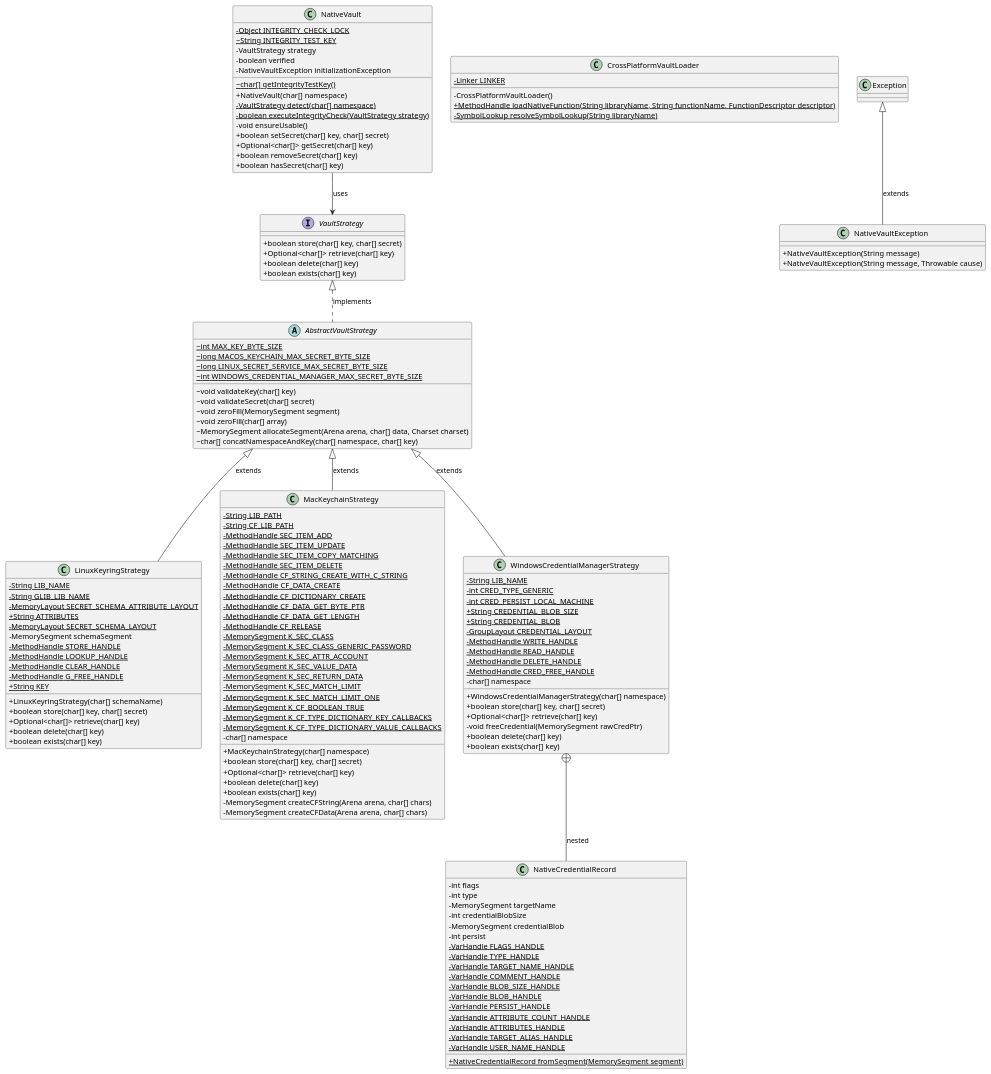
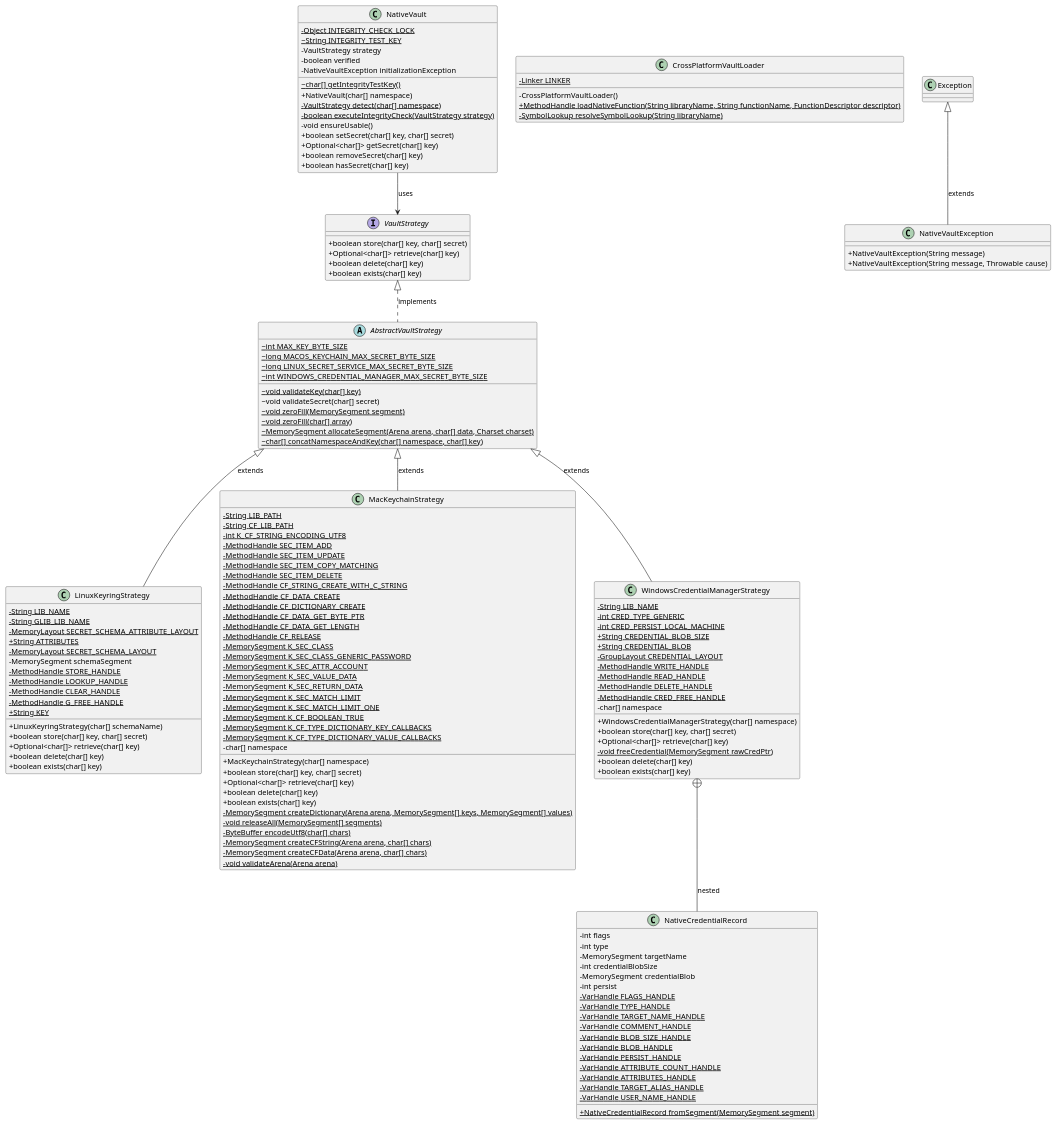
The diagram in .myresources/uml/class.puml (Lob2018/native-vault), drawn with PlantUML before and after one commit. The commit also changed 3 other files, not shown here.

```diff
--- a/.myresources/uml/class.puml
+++ b/.myresources/uml/class.puml
@@ -1,155 +1,160 @@
 @startuml
 skinparam classAttributeIconSize 0
 
 interface VaultStrategy {
     + boolean store(char[] key, char[] secret)
     + Optional<char[]> retrieve(char[] key)
     + boolean delete(char[] key)
     + boolean exists(char[] key)
 }
 
 abstract class AbstractVaultStrategy {
     {static} ~ int MAX_KEY_BYTE_SIZE
     {static} ~ long MACOS_KEYCHAIN_MAX_SECRET_BYTE_SIZE
     {static} ~ long LINUX_SECRET_SERVICE_MAX_SECRET_BYTE_SIZE
     {static} ~ int WINDOWS_CREDENTIAL_MANAGER_MAX_SECRET_BYTE_SIZE
-    ~ void validateKey(char[] key)
+    {static} ~ void validateKey(char[] key)
     ~ void validateSecret(char[] secret)
-    ~ void zeroFill(MemorySegment segment)
-    ~ void zeroFill(char[] array)
-    ~ MemorySegment allocateSegment(Arena arena, char[] data, Charset charset)
-    ~ char[] concatNamespaceAndKey(char[] namespace, char[] key)
+    {static} ~ void zeroFill(MemorySegment segment)
+    {static} ~ void zeroFill(char[] array)
+    {static} ~ MemorySegment allocateSegment(Arena arena, char[] data, Charset charset)
+    {static} ~ char[] concatNamespaceAndKey(char[] namespace, char[] key)
 }
 
 class LinuxKeyringStrategy {
     {static} - String LIB_NAME
     {static} - String GLIB_LIB_NAME
     {static} - MemoryLayout SECRET_SCHEMA_ATTRIBUTE_LAYOUT
     {static} + String ATTRIBUTES
     {static} - MemoryLayout SECRET_SCHEMA_LAYOUT
     - MemorySegment schemaSegment
     {static} - MethodHandle STORE_HANDLE
     {static} - MethodHandle LOOKUP_HANDLE
     {static} - MethodHandle CLEAR_HANDLE
     {static} - MethodHandle G_FREE_HANDLE
     {static} + String KEY
     + LinuxKeyringStrategy(char[] schemaName)
     + boolean store(char[] key, char[] secret)
     + Optional<char[]> retrieve(char[] key)
     + boolean delete(char[] key)
     + boolean exists(char[] key)
 }
 
 class MacKeychainStrategy {
     {static} - String LIB_PATH
     {static} - String CF_LIB_PATH
+    {static} - int K_CF_STRING_ENCODING_UTF8
     {static} - MethodHandle SEC_ITEM_ADD
     {static} - MethodHandle SEC_ITEM_UPDATE
     {static} - MethodHandle SEC_ITEM_COPY_MATCHING
     {static} - MethodHandle SEC_ITEM_DELETE
     {static} - MethodHandle CF_STRING_CREATE_WITH_C_STRING
     {static} - MethodHandle CF_DATA_CREATE
     {static} - MethodHandle CF_DICTIONARY_CREATE
     {static} - MethodHandle CF_DATA_GET_BYTE_PTR
     {static} - MethodHandle CF_DATA_GET_LENGTH
     {static} - MethodHandle CF_RELEASE
     {static} - MemorySegment K_SEC_CLASS
     {static} - MemorySegment K_SEC_CLASS_GENERIC_PASSWORD
     {static} - MemorySegment K_SEC_ATTR_ACCOUNT
     {static} - MemorySegment K_SEC_VALUE_DATA
     {static} - MemorySegment K_SEC_RETURN_DATA
     {static} - MemorySegment K_SEC_MATCH_LIMIT
     {static} - MemorySegment K_SEC_MATCH_LIMIT_ONE
     {static} - MemorySegment K_CF_BOOLEAN_TRUE
     {static} - MemorySegment K_CF_TYPE_DICTIONARY_KEY_CALLBACKS
     {static} - MemorySegment K_CF_TYPE_DICTIONARY_VALUE_CALLBACKS
     - char[] namespace
     + MacKeychainStrategy(char[] namespace)
     + boolean store(char[] key, char[] secret)
     + Optional<char[]> retrieve(char[] key)
     + boolean delete(char[] key)
     + boolean exists(char[] key)
-    - MemorySegment createCFString(Arena arena, char[] chars)
-    - MemorySegment createCFData(Arena arena, char[] chars)
+    {static} - MemorySegment createDictionary(Arena arena, MemorySegment[] keys, MemorySegment[] values)
+    {static} - void releaseAll(MemorySegment[] segments)
+    {static} - ByteBuffer encodeUtf8(char[] chars)
+    {static} - MemorySegment createCFString(Arena arena, char[] chars)
+    {static} - MemorySegment createCFData(Arena arena, char[] chars)
+    {static} - void validateArena(Arena arena)
 }
 
 class WindowsCredentialManagerStrategy {
     {static} - String LIB_NAME
     {static} - int CRED_TYPE_GENERIC
     {static} - int CRED_PERSIST_LOCAL_MACHINE
     {static} + String CREDENTIAL_BLOB_SIZE
     {static} + String CREDENTIAL_BLOB
     {static} - GroupLayout CREDENTIAL_LAYOUT
     {static} - MethodHandle WRITE_HANDLE
     {static} - MethodHandle READ_HANDLE
     {static} - MethodHandle DELETE_HANDLE
     {static} - MethodHandle CRED_FREE_HANDLE
     - char[] namespace
     + WindowsCredentialManagerStrategy(char[] namespace)
     + boolean store(char[] key, char[] secret)
     + Optional<char[]> retrieve(char[] key)
-    - void freeCredential(MemorySegment rawCredPtr)
+    {static} - void freeCredential(MemorySegment rawCredPtr)
     + boolean delete(char[] key)
     + boolean exists(char[] key)
 }
 
 class "NativeCredentialRecord" as WindowsCredentialManagerStrategy_NativeCredentialRecord {
     - int flags
     - int type
     - MemorySegment targetName
     - int credentialBlobSize
     - MemorySegment credentialBlob
     - int persist
     {static} - VarHandle FLAGS_HANDLE
     {static} - VarHandle TYPE_HANDLE
     {static} - VarHandle TARGET_NAME_HANDLE
     {static} - VarHandle COMMENT_HANDLE
     {static} - VarHandle BLOB_SIZE_HANDLE
     {static} - VarHandle BLOB_HANDLE
     {static} - VarHandle PERSIST_HANDLE
     {static} - VarHandle ATTRIBUTE_COUNT_HANDLE
     {static} - VarHandle ATTRIBUTES_HANDLE
     {static} - VarHandle TARGET_ALIAS_HANDLE
     {static} - VarHandle USER_NAME_HANDLE
     {static} + NativeCredentialRecord fromSegment(MemorySegment segment)
 }
 
 class NativeVault {
     {static} - Object INTEGRITY_CHECK_LOCK
     {static} ~ String INTEGRITY_TEST_KEY
     - VaultStrategy strategy
     - boolean verified
     - NativeVaultException initializationException
     {static} ~ char[] getIntegrityTestKey()
     + NativeVault(char[] namespace)
     {static} - VaultStrategy detect(char[] namespace)
     {static} - boolean executeIntegrityCheck(VaultStrategy strategy)
     - void ensureUsable()
     + boolean setSecret(char[] key, char[] secret)
     + Optional<char[]> getSecret(char[] key)
     + boolean removeSecret(char[] key)
     + boolean hasSecret(char[] key)
 }
 
 class CrossPlatformVaultLoader {
     {static} - Linker LINKER
     - CrossPlatformVaultLoader()
     {static} + MethodHandle loadNativeFunction(String libraryName, String functionName, FunctionDescriptor descriptor)
     {static} - SymbolLookup resolveSymbolLookup(String libraryName)
 }
 
 class NativeVaultException {
     + NativeVaultException(String message)
     + NativeVaultException(String message, Throwable cause)
 }
 
 class Exception
 
 VaultStrategy <|.. AbstractVaultStrategy : implements
 AbstractVaultStrategy <|-- LinuxKeyringStrategy : extends
 AbstractVaultStrategy <|-- MacKeychainStrategy : extends
 AbstractVaultStrategy <|-- WindowsCredentialManagerStrategy : extends
 WindowsCredentialManagerStrategy +-- WindowsCredentialManagerStrategy_NativeCredentialRecord : nested
 NativeVault --> VaultStrategy : uses
 Exception <|-- NativeVaultException : extends
 @enduml
```
